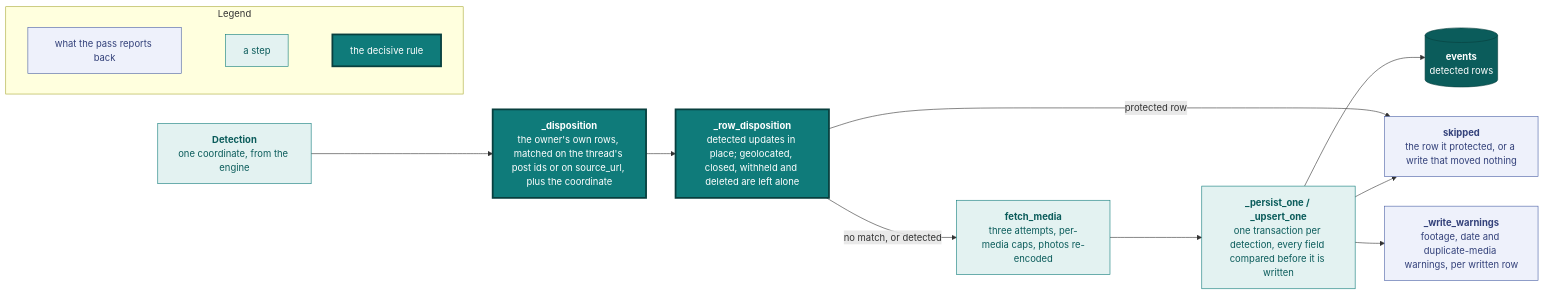
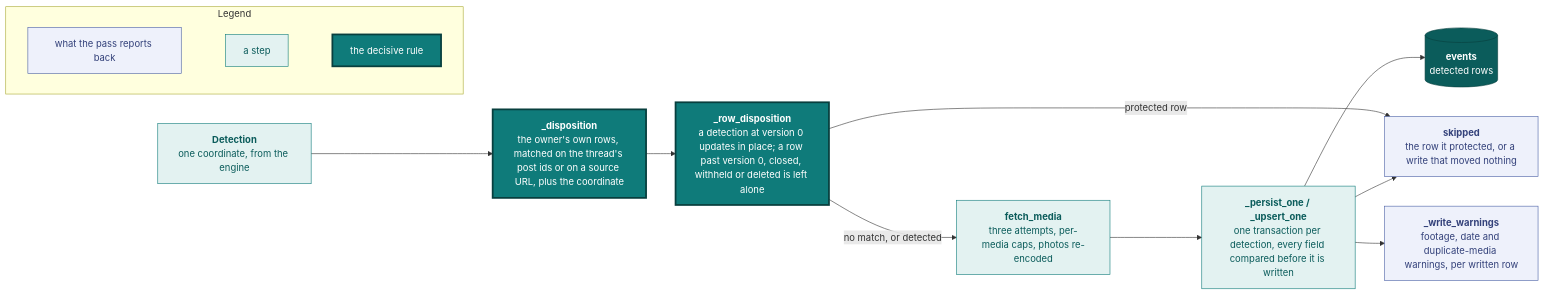
Before and after one commit to vidithq/vidit: the sixth of 6 diagrams in docs/ingestion.md, drawn with Mermaid. The commit also changed other lines of this file and 617 other files, not shown here.

````diff
--- a/docs/ingestion.md
+++ b/docs/ingestion.md
@@ -463,38 +500,38 @@
 ```mermaid
 flowchart LR
   classDef spec fill:#eef1fb,stroke:#4a5fa5,color:#33417a
   classDef shared fill:#e3f2f1,stroke:#0f7b7a,color:#0b5c5b
   classDef core fill:#0f7b7a,stroke:#083f3e,stroke-width:3px,color:#ffffff
   classDef store fill:#0b5c5b,stroke:#083f3e,color:#ffffff
 
   subgraph legend [Legend]
     direction LR
     l1["`what the pass reports back`"]:::spec
     l2["`a step`"]:::shared
     l3["`the decisive rule`"]:::core
     l1 ~~~ l2 ~~~ l3
   end
 
   detection["`**Detection**
   one coordinate, from the engine`"]:::shared
   match["`**_disposition**
-  the owner's own rows, matched on the thread's post ids or on source_url, plus the coordinate`"]:::core
+  the owner's own rows, matched on the thread's post ids or on a source URL, plus the coordinate`"]:::core
   matrix["`**_row_disposition**
-  detected updates in place; geolocated, closed, withheld and deleted are left alone`"]:::core
+  a detection at version 0 updates in place; a row past version 0, closed, withheld or deleted is left alone`"]:::core
   fetch["`**fetch_media**
   three attempts, per-media caps, photos re-encoded`"]:::shared
   write["`**_persist_one / _upsert_one**
   one transaction per detection, every field compared before it is written`"]:::shared
   rows[("`**events**
   detected rows`")]:::store
   skip["`**skipped**
   the row it protected, or a write that moved nothing`"]:::spec
   warn["`**_write_warnings**
   footage, date and duplicate-media warnings, per written row`"]:::spec
 
   detection --> match --> matrix
   matrix -- "no match, or detected" --> fetch --> write --> rows
   matrix -- "protected row" --> skip
   write --> skip
   write --> warn
 ```
````
